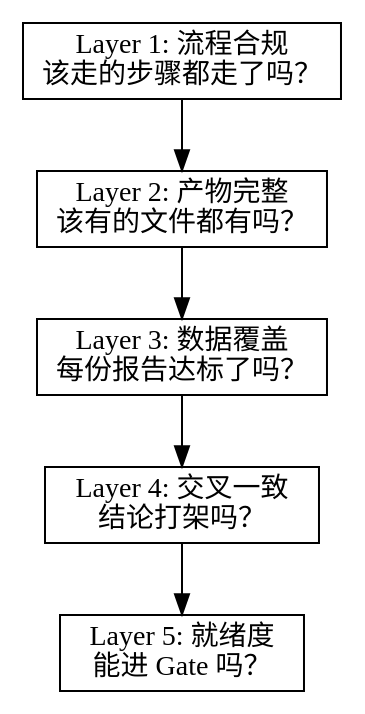
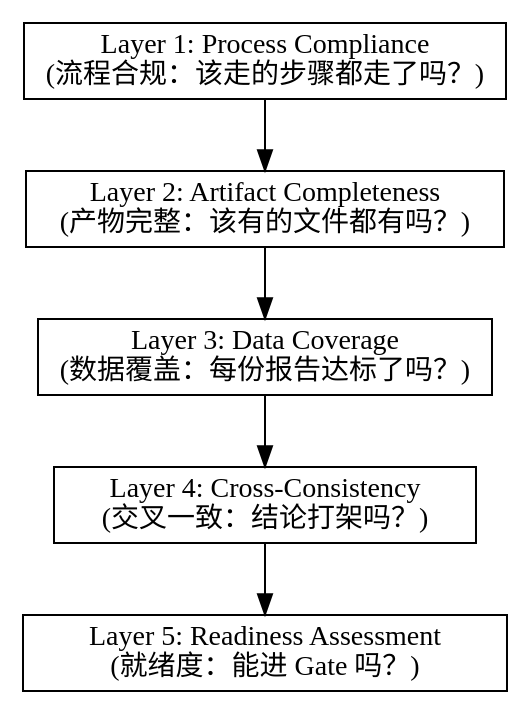
The diagram in skills/hw-pm-review/SKILL.md (visioner3d/hw-pm-skills), drawn with Graphviz before and after one commit. The commit also changed other lines of this file and 41 other files, not shown here.

````diff
--- a/skills/hw-pm-review/SKILL.md
+++ b/skills/hw-pm-review/SKILL.md
@@ -30,12 +30,12 @@
 ```dot
 digraph five_layers {
     rankdir=TB;
-    l1 [label="Layer 1: 流程合规\n该走的步骤都走了吗？", shape=box];
-    l2 [label="Layer 2: 产物完整\n该有的文件都有吗？", shape=box];
-    l3 [label="Layer 3: 数据覆盖\n每份报告达标了吗？", shape=box];
-    l4 [label="Layer 4: 交叉一致\n结论打架吗？", shape=box];
-    l5 [label="Layer 5: 就绪度\n能进 Gate 吗？", shape=box];
+    l1 [label="Layer 1: Process Compliance\n(流程合规：该走的步骤都走了吗？)", shape=box];
+    l2 [label="Layer 2: Artifact Completeness\n(产物完整：该有的文件都有吗？)", shape=box];
+    l3 [label="Layer 3: Data Coverage\n(数据覆盖：每份报告达标了吗？)", shape=box];
+    l4 [label="Layer 4: Cross-Consistency\n(交叉一致：结论打架吗？)", shape=box];
+    l5 [label="Layer 5: Readiness Assessment\n(就绪度：能进 Gate 吗？)", shape=box];
 
     l1 -> l2 -> l3 -> l4 -> l5;
 }
 ```
````
